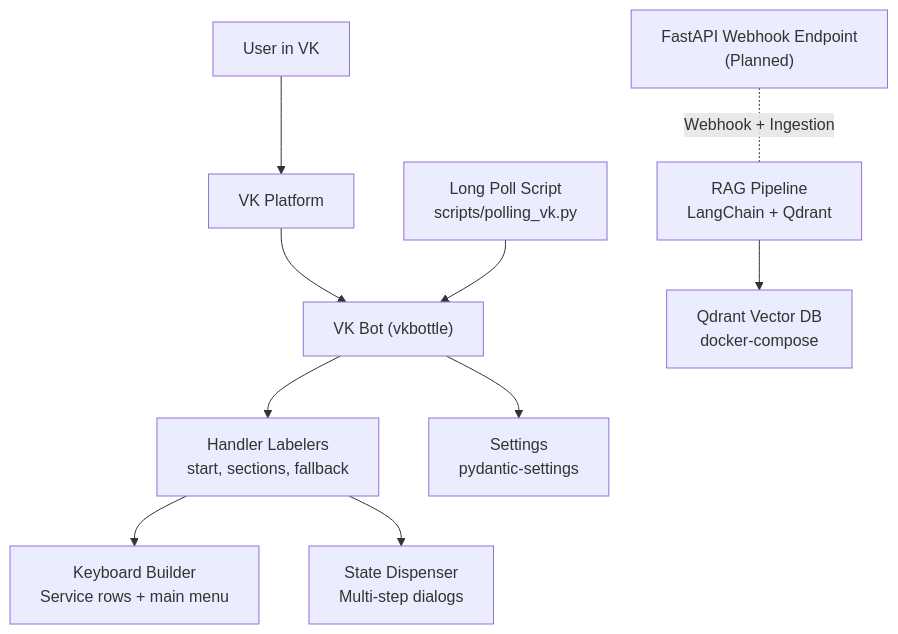
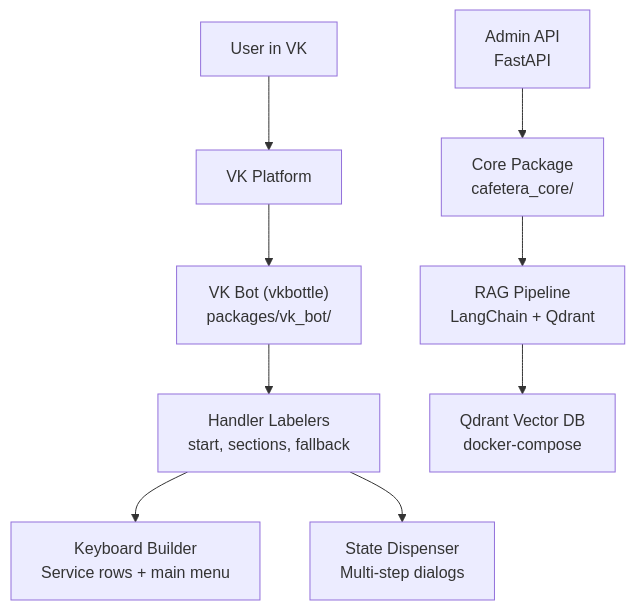
One commit to ognelis/cafetera_hr_bot changed the second of 6 diagrams in .qoder/repowiki/en/content/Project Overview.md. Above: the diagram before and after it, drawn with Mermaid. The commit also changed other lines of this file and 139 other files, not shown here.

````diff
--- a/.qoder/repowiki/en/content/Project Overview.md
+++ b/.qoder/repowiki/en/content/Project Overview.md
@@ -131,21 +162,19 @@
 ```mermaid
 graph TB
 Client["User in VK"]
 VK["VK Platform"]
-Bot["VK Bot (vkbottle)"]
+Bot["VK Bot (vkbottle)<br/>packages/vk_bot/"]
 Labelers["Handler Labelers<br/>start, sections, fallback"]
 States["State Dispenser<br/>Multi-step dialogs"]
 Keyboards["Keyboard Builder<br/>Service rows + main menu"]
-Config["Settings<br/>pydantic-settings"]
-Dev["Long Poll Script<br/>scripts/polling_vk.py"]
+Core["Core Package<br/>cafetera_core/"]
 RAG["RAG Pipeline<br/>LangChain + Qdrant"]
 Qdrant["Qdrant Vector DB<br/>docker-compose"]
-FastAPI["FastAPI Webhook Endpoint<br/>(Planned)"]
+Admin["Admin API<br/>FastAPI"]
 Client --> VK --> Bot --> Labelers
 Labelers --> Keyboards
 Labelers --> States
-Bot --> Config
-Dev --> Bot
+Core --> RAG
+Admin --> Core
 RAG --> Qdrant
-FastAPI -. "Webhook + Ingestion" .- RAG
 ```
````
